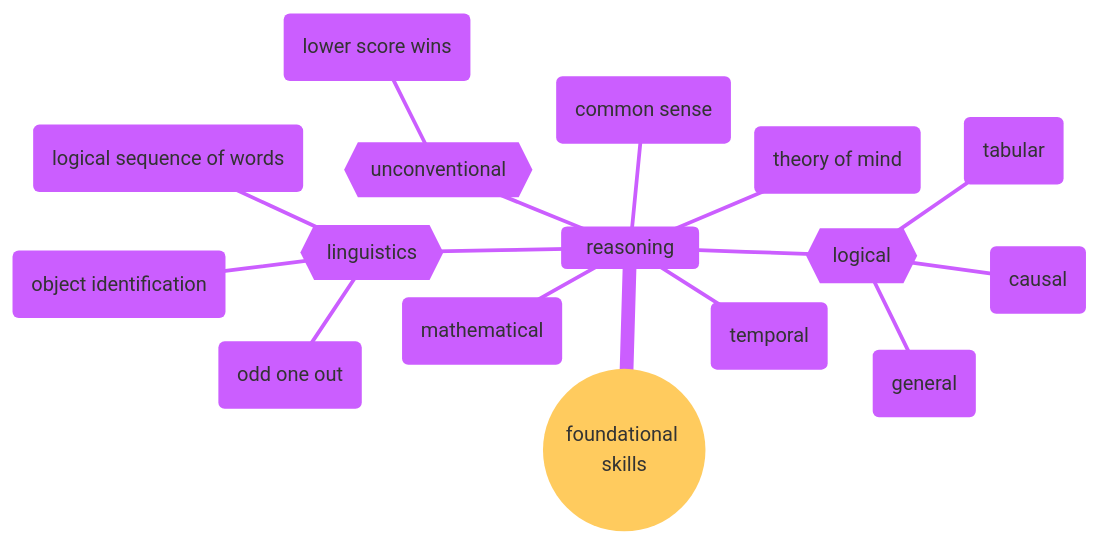
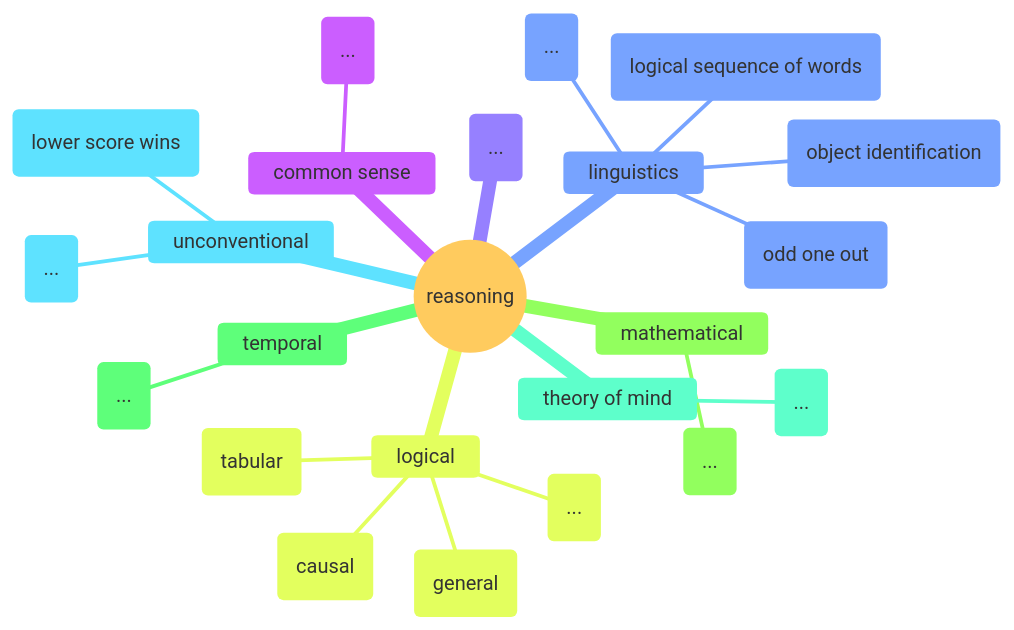
The second of 18 diagrams in docs/full_taxonomy.md (nimbinatus/taxonomy), drawn with Mermaid before and after one commit. The commit also changed other lines of this file, not shown here.

````diff
--- a/docs/full_taxonomy.md
+++ b/docs/full_taxonomy.md
@@ -27,27 +31,34 @@
 ```mermaid
 ---
-title: Foundational Skills
+title: Foundational Skills - Reasoning
 config:
     fontSize: 8
     theme: base
     mindmap:
         maxNodeWidth: 110
 ---
 mindmap
-    root((foundational skills))
-        reasoning
-            id1(common sense)
-            id{{linguistics}}
-                id1(logical sequence of words)
-                id1(object identification)
-                id1(odd one out)
-            id2{{logical}}
-                id1(causal)
-                id1(general)
-                id1(tabular)
-            id1(mathematical)
-            id1(temporal)
-            id1(theory of mind)
-            id2{{unconventional}}
-                id(lower score wins)
+    root((reasoning))
+        common sense
+            id(...)
+        linguistics
+            id(logical sequence of words)
+            id(object identification)
+            id(odd one out)
+            id(...)
+        logical
+            id(causal)
+            id(general)
+            id(tabular)
+            id(...)
+        mathematical
+            id(...)
+        temporal
+            id(...)
+        theory of mind
+            id(...)
+        unconventional
+            id(lower score wins)
+            id(...)
+        id(...)
 ```
````
